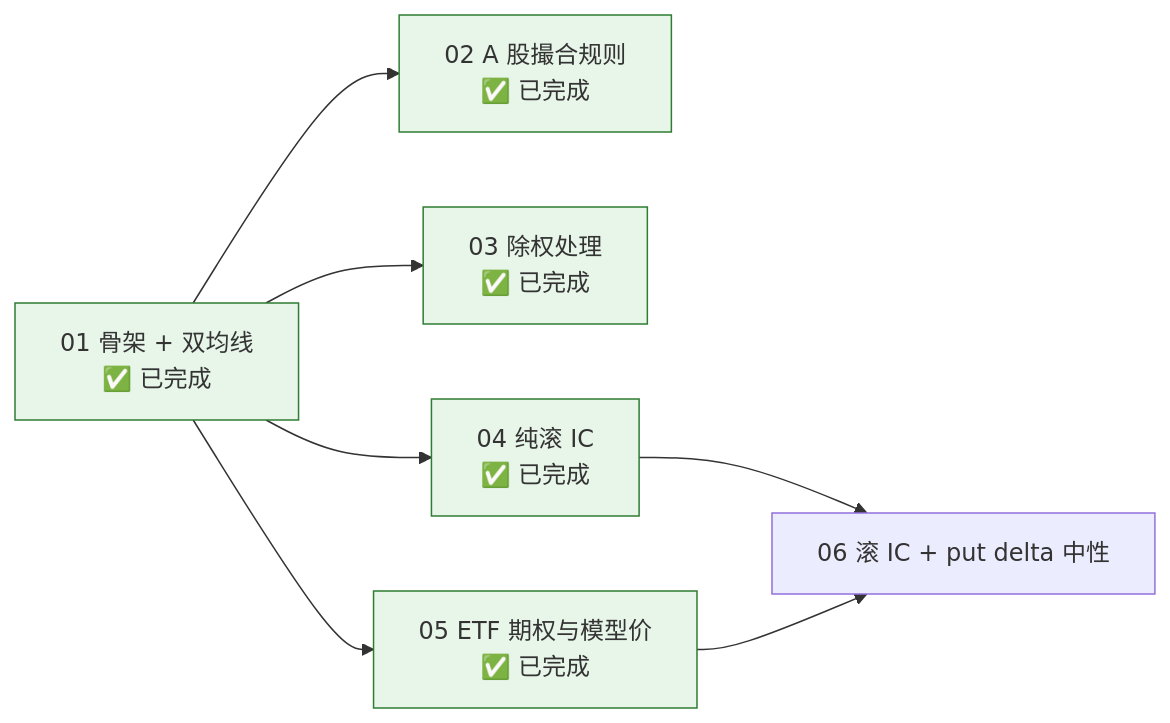
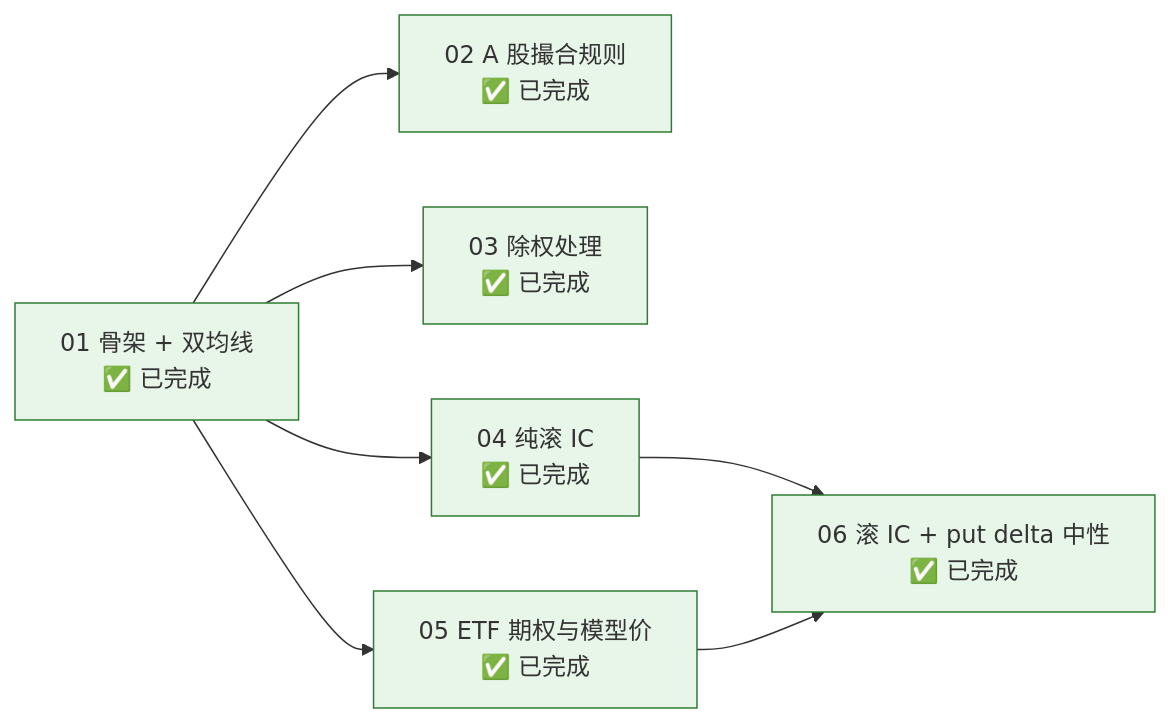
The eighth of 8 diagrams in docs/design.md (guevara12345/quant), drawn with Mermaid before and after one commit. The commit also changed other lines of this file and 16 other files, not shown here.

First line of the commit message:
feat: 滚 IC + put delta 中性：put 对冲、每日净 delta、收益拆解、分段指标（ticket 06）

````diff
--- a/docs/design.md
+++ b/docs/design.md
@@ -302,11 +307,11 @@
 ```mermaid
 flowchart LR
     T01["01 骨架 + 双均线<br/>✅ 已完成"] --> T02["02 A 股撮合规则<br/>✅ 已完成"]
     T01 --> T03["03 除权处理<br/>✅ 已完成"]
     T01 --> T04["04 纯滚 IC<br/>✅ 已完成"]
     T01 --> T05["05 ETF 期权与模型价<br/>✅ 已完成"]
-    T04 --> T06[06 滚 IC + put delta 中性]
+    T04 --> T06["06 滚 IC + put delta 中性<br/>✅ 已完成"]
     T05 --> T06
     classDef done fill:#e8f5e9,stroke:#2e7d32
-    class T01,T02,T03,T04,T05 done
+    class T01,T02,T03,T04,T05,T06 done
 ```
````
